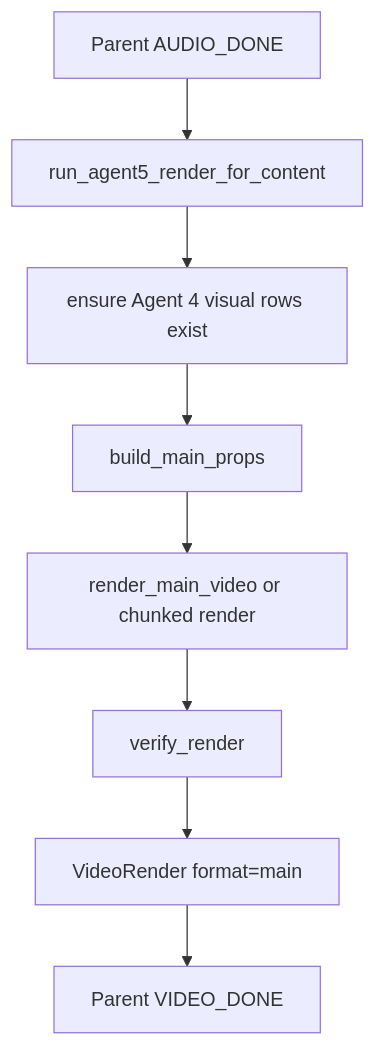
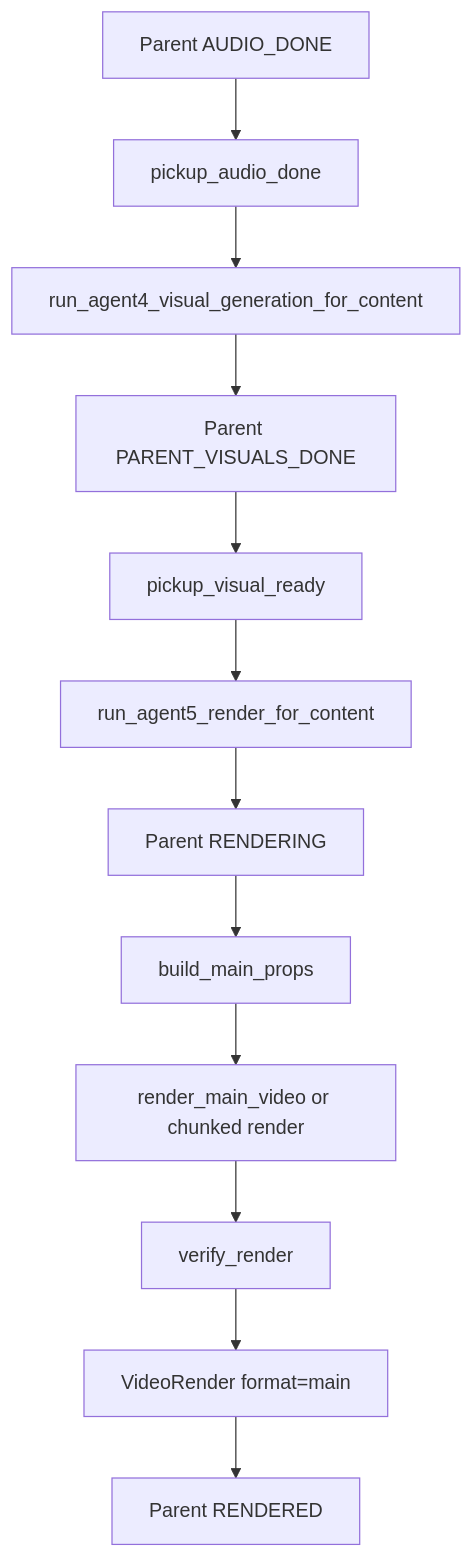
One commit to Hssingr/content-factory changed the seventh of 8 diagrams in CLAUDE.md. Above: the diagram before and after it, drawn with Mermaid. The commit also changed other lines of this file and 17 other files, not shown here.

Commit message:
stabilize architecture

````diff
--- a/CLAUDE.md
+++ b/CLAUDE.md
@@ -1198,10 +1359,14 @@
 ```mermaid
 flowchart TD
-    A[Parent AUDIO_DONE] --> B[run_agent5_render_for_content]
-    B --> C[ensure Agent 4 visual rows exist]
-    C --> D[build_main_props]
-    D --> E[render_main_video or chunked render]
-    E --> F[verify_render]
-    F --> G[VideoRender format=main]
-    G --> H[Parent VIDEO_DONE]
+    A[Parent AUDIO_DONE] --> B[pickup_audio_done]
+    B --> C[run_agent4_visual_generation_for_content]
+    C --> D[Parent PARENT_VISUALS_DONE]
+    D --> E[pickup_visual_ready]
+    E --> F[run_agent5_render_for_content]
+    F --> F2[Parent RENDERING]
+    F2 --> G[build_main_props]
+    G --> H[render_main_video or chunked render]
+    H --> I[verify_render]
+    I --> J[VideoRender format=main]
+    J --> K[Parent RENDERED]
 ```
````
